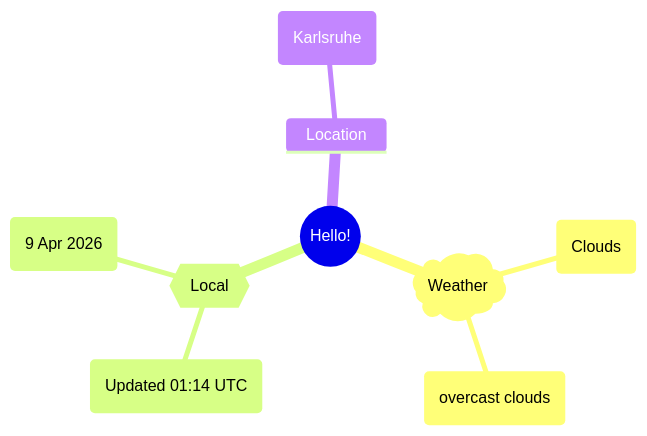
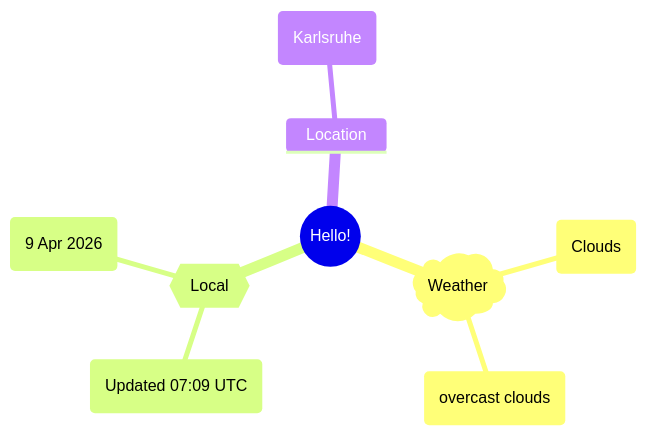
Before and after one commit to Xosrov/Xosrov: the first of 2 diagrams in README.md, drawn with Mermaid.

Commit message:
[bot] updated images

````diff
--- a/README.md
+++ b/README.md
@@ -3,12 +3,12 @@
 ```mermaid
 mindmap
   root((Hello!))
     )Weather(
         (Clouds)
         (overcast clouds)
     {{Local}}
-        (Updated 01:14 UTC)
+        (Updated 07:09 UTC)
         (9 Apr 2026)
     Location
         (Karlsruhe)
 ```
````
